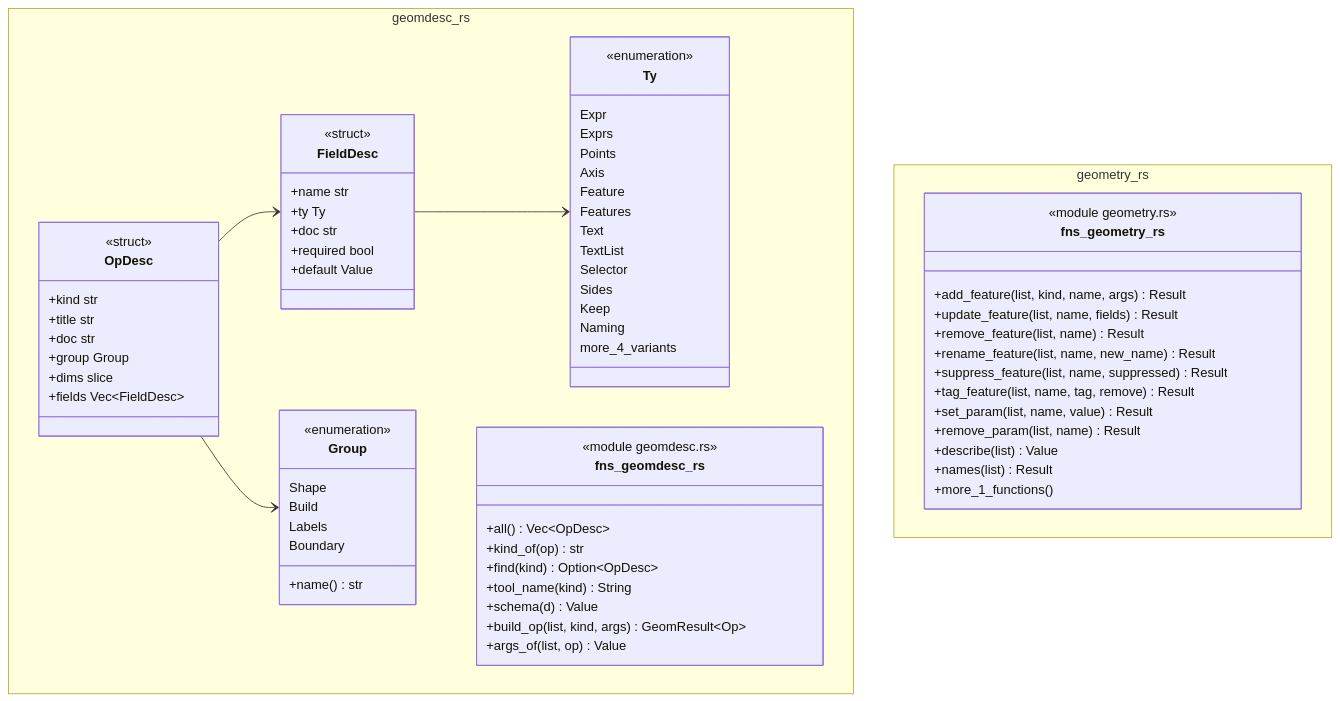
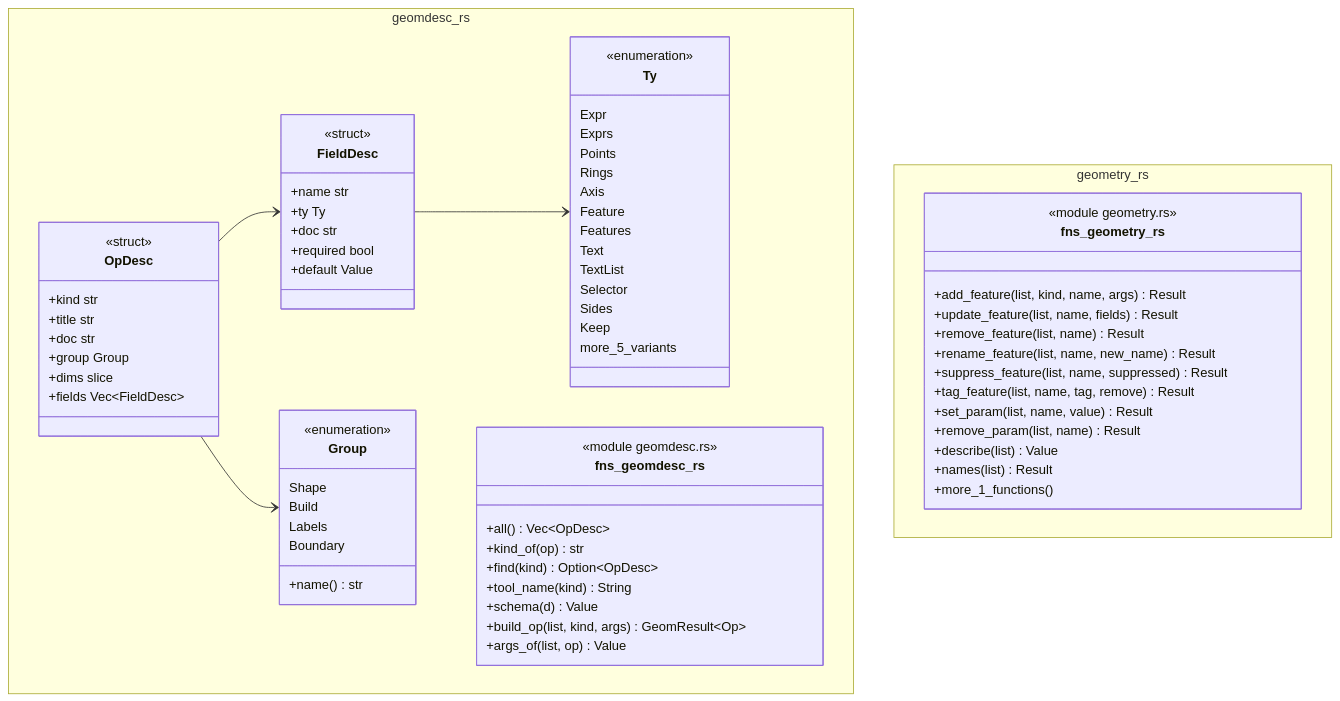
Before and after one commit to p-j-r/nyx: the diagram in docs/architecture/c4/4-code/engine/geometry.md, drawn with Mermaid. The commit also changed other lines of this file and 208 other files, not shown here.

````diff
--- a/docs/architecture/c4/4-code/engine/geometry.md
+++ b/docs/architecture/c4/4-code/engine/geometry.md
@@ -35,75 +35,75 @@
 ```mermaid
 classDiagram
   namespace geomdesc_rs {
     class Ty {
         <<enumeration>>
         Expr
         Exprs
         Points
+        Rings
         Axis
         Feature
         Features
         Text
         TextList
         Selector
         Sides
         Keep
-        Naming
-        more_4_variants
+        more_5_variants
     }
     class FieldDesc {
         <<struct>>
         +name str
         +ty Ty
         +doc str
         +required bool
         +default Value
     }
     class Group {
         <<enumeration>>
         Shape
         Build
         Labels
         Boundary
         +name() str
     }
     class OpDesc {
         <<struct>>
         +kind str
         +title str
         +doc str
         +group Group
         +dims slice
         +fields Vec~FieldDesc~
     }
     class fns_geomdesc_rs {
         <<module geomdesc.rs>>
         +all() Vec~OpDesc~
         +kind_of(op) str
         +find(kind) Option~OpDesc~
         +tool_name(kind) String
         +schema(d) Value
         +build_op(list, kind, args) GeomResult~Op~
         +args_of(list, op) Value
     }
   }
   namespace geometry_rs {
     class fns_geometry_rs {
         <<module geometry.rs>>
         +add_feature(list, kind, name, args) Result
         +update_feature(list, name, fields) Result
         +remove_feature(list, name) Result
         +rename_feature(list, name, new_name) Result
         +suppress_feature(list, name, suppressed) Result
         +tag_feature(list, name, tag, remove) Result
         +set_param(list, name, value) Result
         +remove_param(list, name) Result
         +describe(list) Value
         +names(list) Result
         +more_1_functions()
     }
   }
   FieldDesc --> Ty
   OpDesc --> Group
   OpDesc --> FieldDesc
 ```
````
